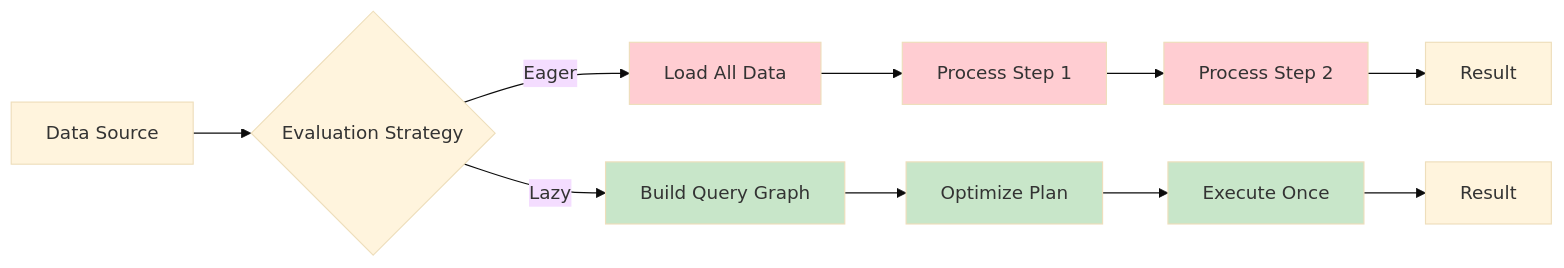
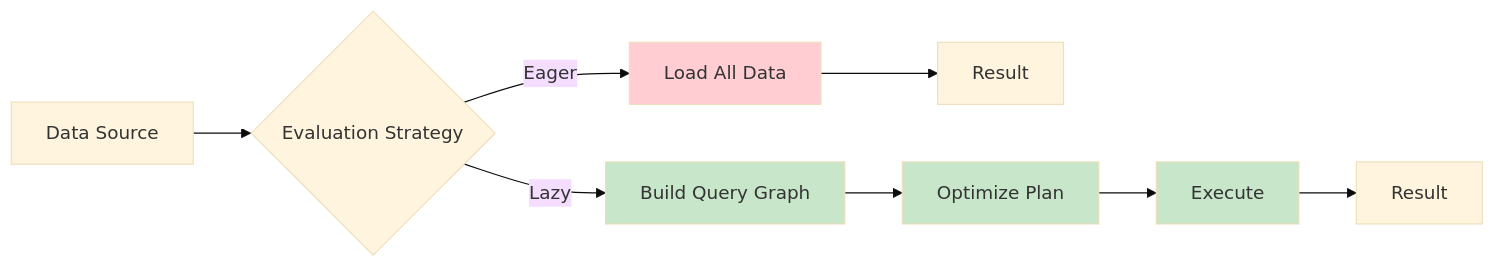
Before and after one commit to tallamjr/big-bear-data: the second of 5 diagrams in POLARS-TIPS.md, drawn with Mermaid (base theme). The commit also changed other lines of this file and 1 other file, not shown here.

````diff
--- a/POLARS-TIPS.md
+++ b/POLARS-TIPS.md
@@ -94,21 +94,17 @@
 ```mermaid
 flowchart LR
     A[Data Source] --> B{Evaluation Strategy}
 
     B -->|Eager| C[Load All Data]
-    C --> D[Process Step 1]
-    D --> E[Process Step 2]
-    E --> F[Result]
+    C --> D[Result]
 
     B -->|Lazy| G[Build Query Graph]
     G --> H[Optimize Plan]
-    H --> I[Execute Once]
+    H --> I[Execute]
     I --> J[Result]
 
     style C fill:#ffcdd2
-    style D fill:#ffcdd2
-    style E fill:#ffcdd2
     style G fill:#c8e6c9
     style H fill:#c8e6c9
     style I fill:#c8e6c9
 ```
````
